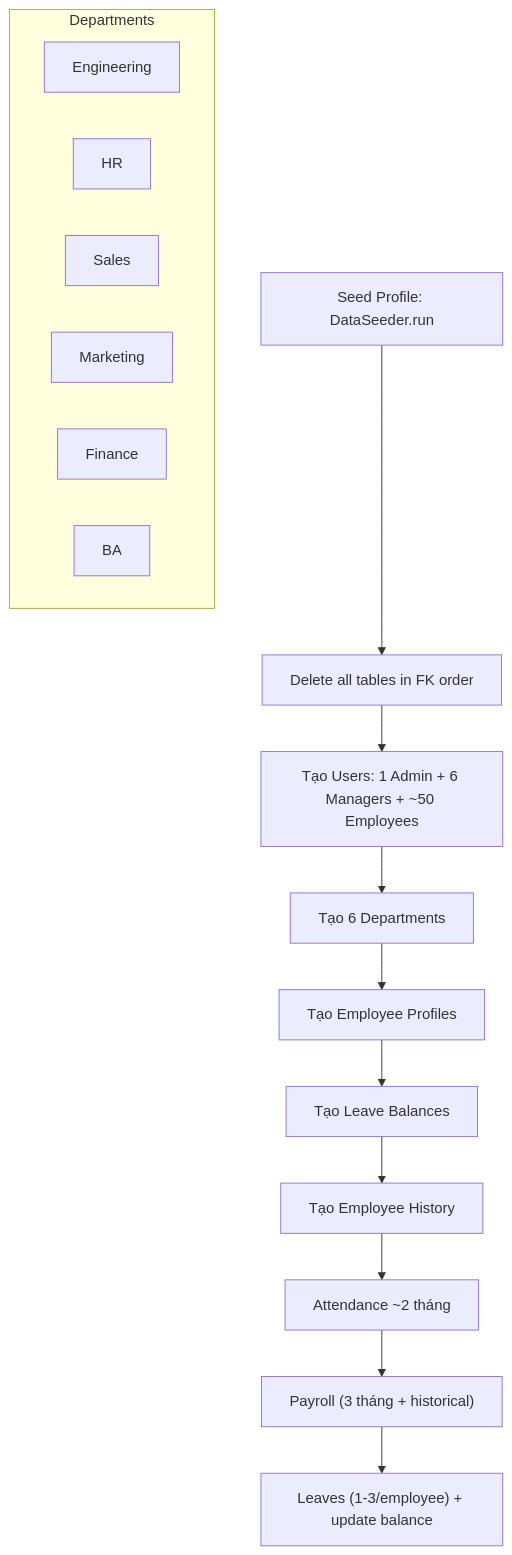
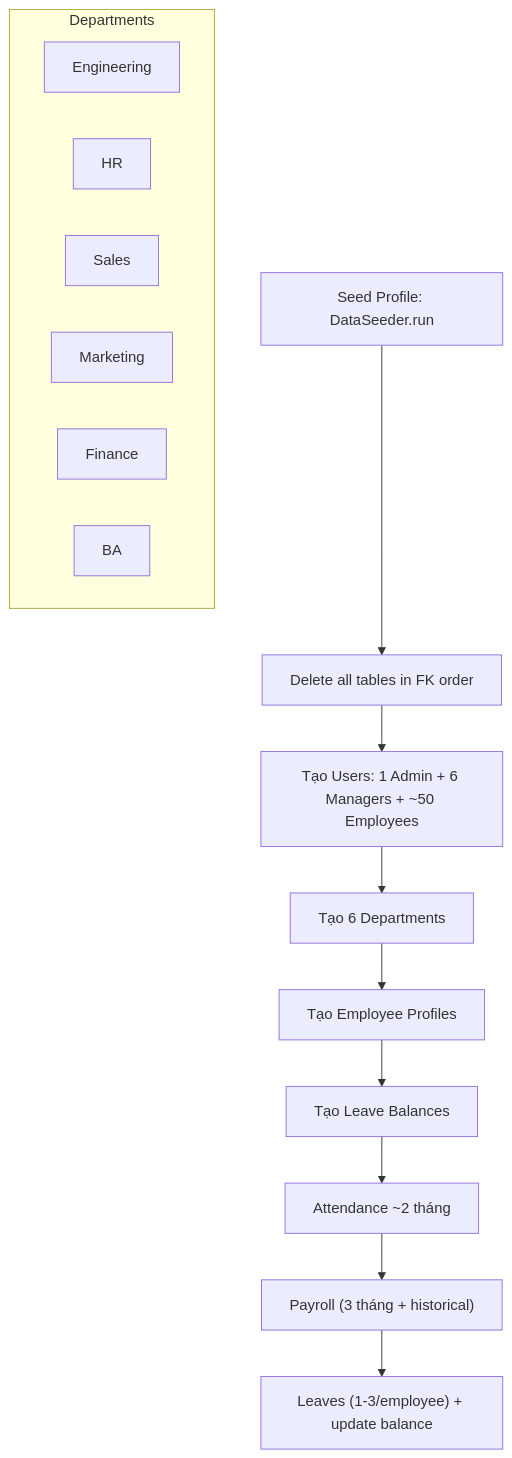
Before and after one commit to nghiaxh/hr-management: the seventh of 24 diagrams in docs/SDD.md, drawn with Mermaid. The commit also changed other lines of this file and 8 other files, not shown here.

````diff
--- a/docs/SDD.md
+++ b/docs/SDD.md
@@ -534,16 +497,15 @@
 ```mermaid
 graph TB
     SEED[Seed Profile: DataSeeder.run] --> DROP[Delete all tables in FK order]
     DROP --> USERS[Tạo Users: 1 Admin + 6 Managers + ~50 Employees]
     USERS --> DEPTS[Tạo 6 Departments]
     subgraph Departments
         D1[Engineering] & D2[HR] & D3[Sales]
         D4[Marketing] & D5[Finance] & D6[BA]
     end
     DEPTS --> EMPPROF[Tạo Employee Profiles]
     EMPPROF --> LB[Tạo Leave Balances]
-    LB --> HIST[Tạo Employee History]
-    HIST --> ATT[Attendance ~2 tháng]
+    LB --> ATT[Attendance ~2 tháng]
     ATT --> PAYROLL["Payroll (3 tháng + historical)"]
     PAYROLL --> LEAVES["Leaves (1-3/employee) + update balance"]
 ```
````
